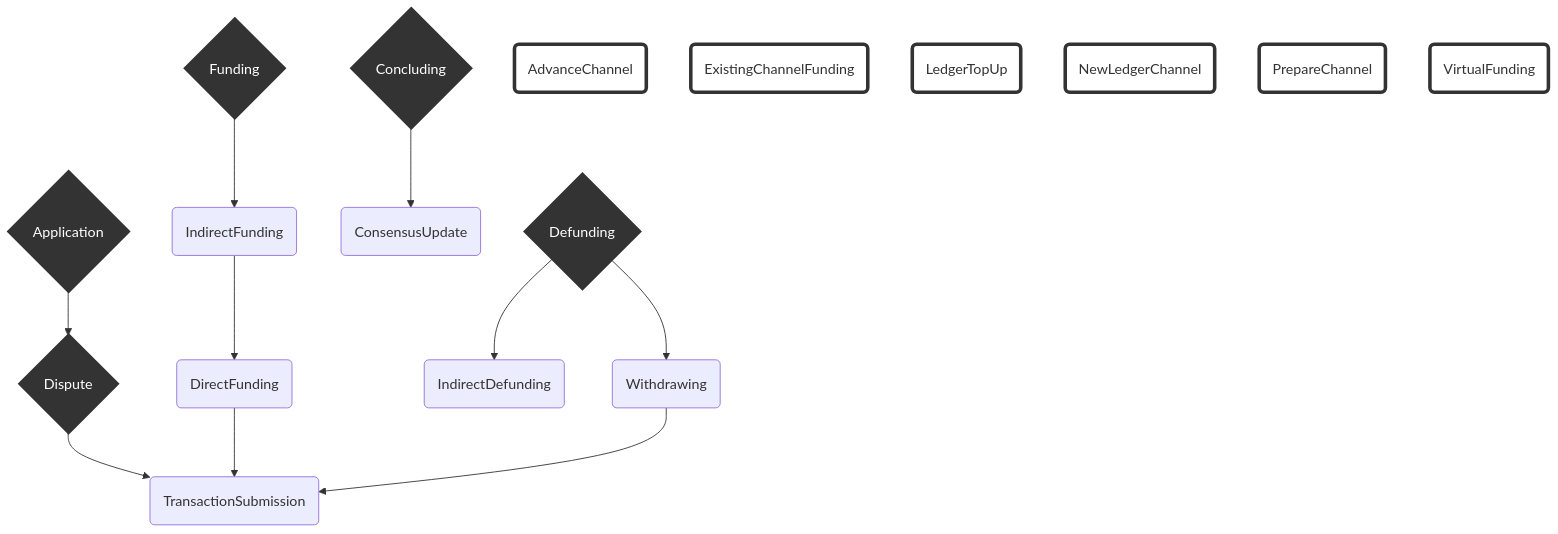
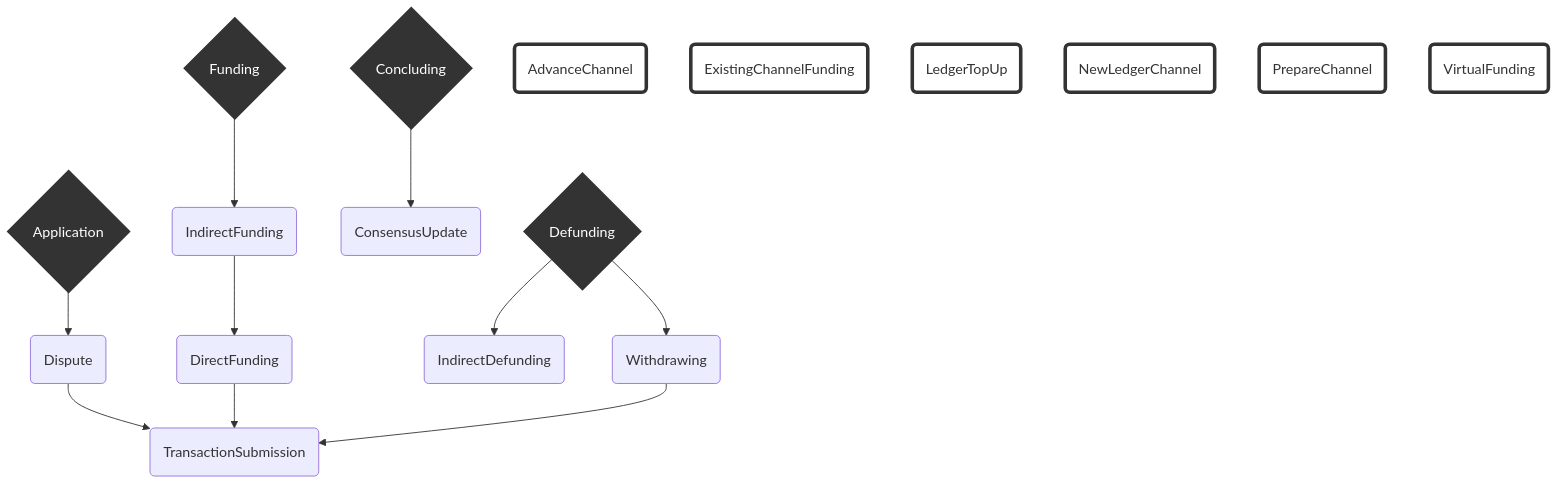
One commit to magmo/apps changed the diagram in packages/wallet/notes/index.md. Above: the diagram before and after it, drawn with Mermaid.

Commit message:
Tweak protocol hierarchy diagram

````diff
--- a/packages/wallet/notes/index.md
+++ b/packages/wallet/notes/index.md
@@ -31,37 +31,37 @@
 ```mermaid
 graph TD
   linkStyle default interpolate basis
 
     A{Application}--> D
     F{Funding}--> idF(IndirectFunding)
 
-    D{Dispute}--> TS
+    D(Dispute)--> TS
 
 
     C{Concluding}-->CU(ConsensusUpdate)
 
     idF --> dF(DirectFunding)
 
     Df{Defunding}-->idDf(IndirectDefunding)
     Df-->W(Withdrawing)
 
     dF-->TS(TransactionSubmission)
 
     W-->TS
 
     AC(AdvanceChannel)
     ECF(ExistingChannelFunding)
     LTU(LedgerTopUp)
     NLC(NewLedgerChannel)
     PC(PrepareChannel)
     VF(VirtualFunding)
 
     classDef TopLevelProtocol stroke:#333,stroke-width:4px,color:#ffff,fill:#333;
 
     classDef OrphanProtocol stroke:#333,stroke-width:4px,fill:#0000;
 
-    class A,F,D,C,Df TopLevelProtocol
+    class A,F,C,Df TopLevelProtocol
     class AC,ECF,LTU,NLC,PC,VF OrphanProtocol
 
 
 ```
````
